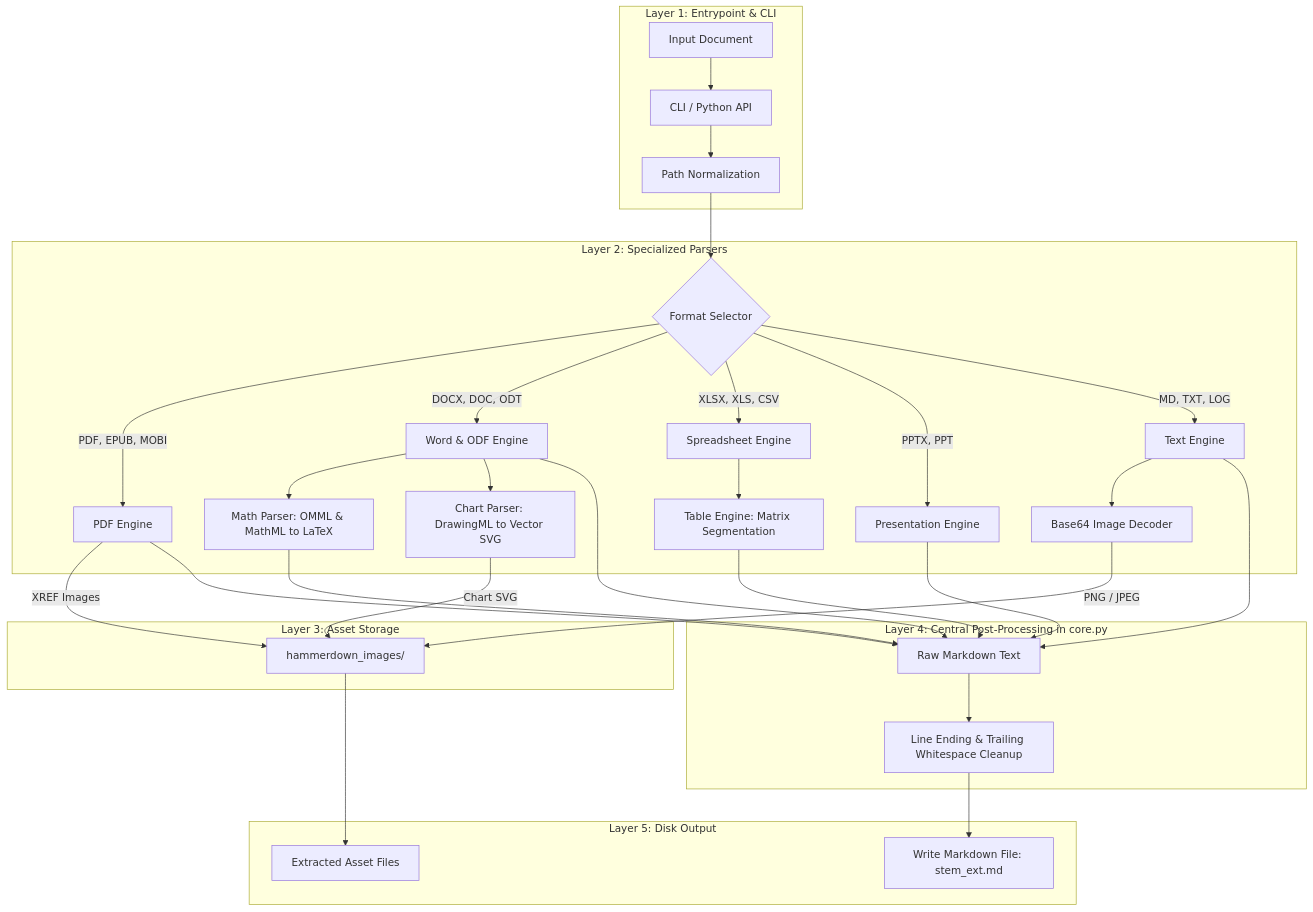
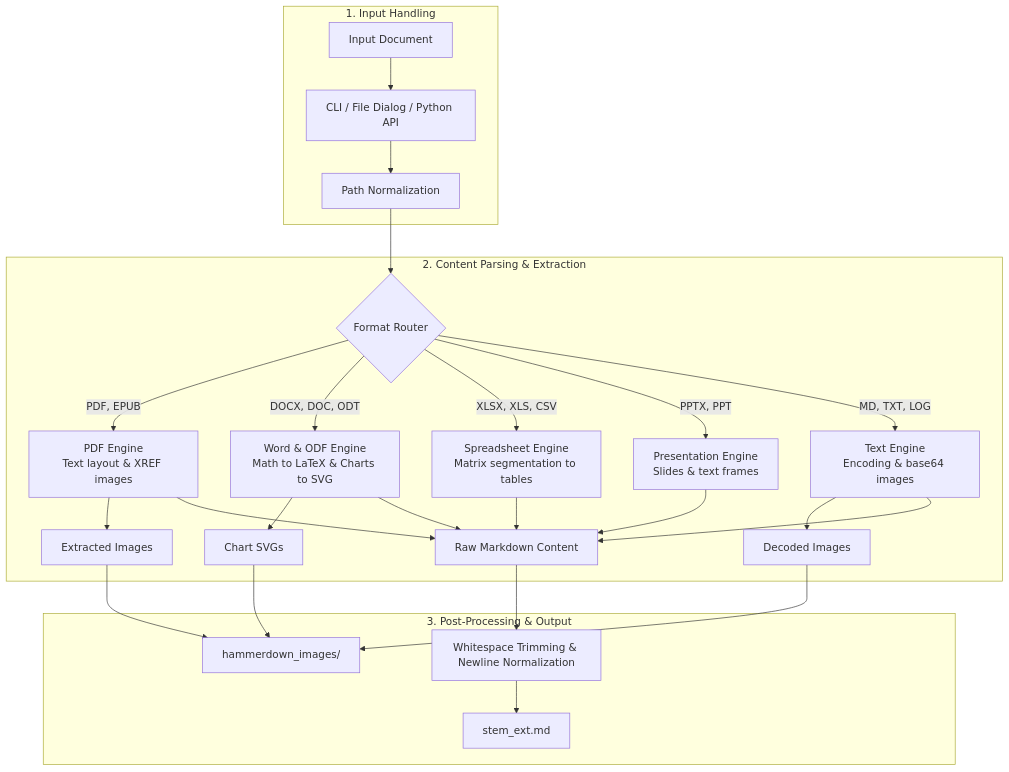
The diagram in docs/ARCHITECTURE.md (sergeypugin/hammerdown), drawn with Mermaid before and after one commit. The commit also changed other lines of this file and 1 other file, not shown here.

Commit message:
docs: sync architecture diagram pipeline stages and add technical release notes

````diff
--- a/docs/ARCHITECTURE.md
+++ b/docs/ARCHITECTURE.md
@@ -9,45 +9,36 @@
 ```mermaid
 flowchart TD
-    subgraph L1 [Layer 1: Entrypoint & CLI]
-        A[Input Document] --> B[CLI / Python API]
+    subgraph S1 [1. Input Handling]
+        A[Input Document] --> B[CLI / File Dialog / Python API]
         B --> C[Path Normalization]
     end
 
-    subgraph L2 [Layer 2: Specialized Parsers]
-        C --> D{Format Selector}
-        D -->|PDF, EPUB, MOBI| E[PDF Engine]
-        D -->|DOCX, DOC, ODT| F[Word & ODF Engine]
-        D -->|XLSX, XLS, CSV| G[Spreadsheet Engine]
-        D -->|PPTX, PPT| H[Presentation Engine]
-        D -->|MD, TXT, LOG| I[Text Engine]
+    subgraph S2 [2. Content Parsing & Extraction]
+        C --> D{Format Router}
 
-        F --> F1[Math Parser: OMML & MathML to LaTeX]
-        F --> F2[Chart Parser: DrawingML to Vector SVG]
+        D -->|PDF, EPUB| P_PDF[PDF Engine<br>Text layout & XREF images]
+        D -->|DOCX, DOC, ODT| P_DOC[Word & ODF Engine<br>Math to LaTeX & Charts to SVG]
+        D -->|XLSX, XLS, CSV| P_SHEET[Spreadsheet Engine<br>Matrix segmentation to tables]
+        D -->|PPTX, PPT| P_PPT[Presentation Engine<br>Slides & text frames]
+        D -->|MD, TXT, LOG| P_TXT[Text Engine<br>Encoding & base64 images]
 
-        G --> G1[Table Engine: Matrix Segmentation]
+        P_PDF --> IMG[Extracted Images]
+        P_DOC --> SVG[Chart SVGs]
+        P_TXT --> B64[Decoded Images]
 
-        I --> I1[Base64 Image Decoder]
+        P_PDF --> MD_RAW[Raw Markdown Content]
+        P_DOC --> MD_RAW
+        P_SHEET --> MD_RAW
+        P_PPT --> MD_RAW
+        P_TXT --> MD_RAW
     end
 
-    subgraph L3 [Layer 3: Asset Storage]
-        E -->|XREF Images| J[hammerdown_images/]
-        F2 -->|Chart SVG| J
-        I1 -->|PNG / JPEG| J
-    end
+    subgraph S3 [3. Post-Processing & Output]
+        IMG --> ASSETS[hammerdown_images/]
+        SVG --> ASSETS
+        B64 --> ASSETS
 
-    subgraph L4 [Layer 4: Central Post-Processing in core.py]
-        E --> K[Raw Markdown Text]
-        F1 --> K
-        F --> K
-        G1 --> K
-        H --> K
-        I --> K
-
-        K --> M[Line Ending & Trailing Whitespace Cleanup]
-    end
-
-    subgraph L5 [Layer 5: Disk Output]
-        M --> N[Write Markdown File: stem_ext.md]
-        J --> O[Extracted Asset Files]
+        MD_RAW --> CLEAN[Whitespace Trimming & Newline Normalization]
+        CLEAN --> OUT_FILE[stem_ext.md]
     end
 ```
````
